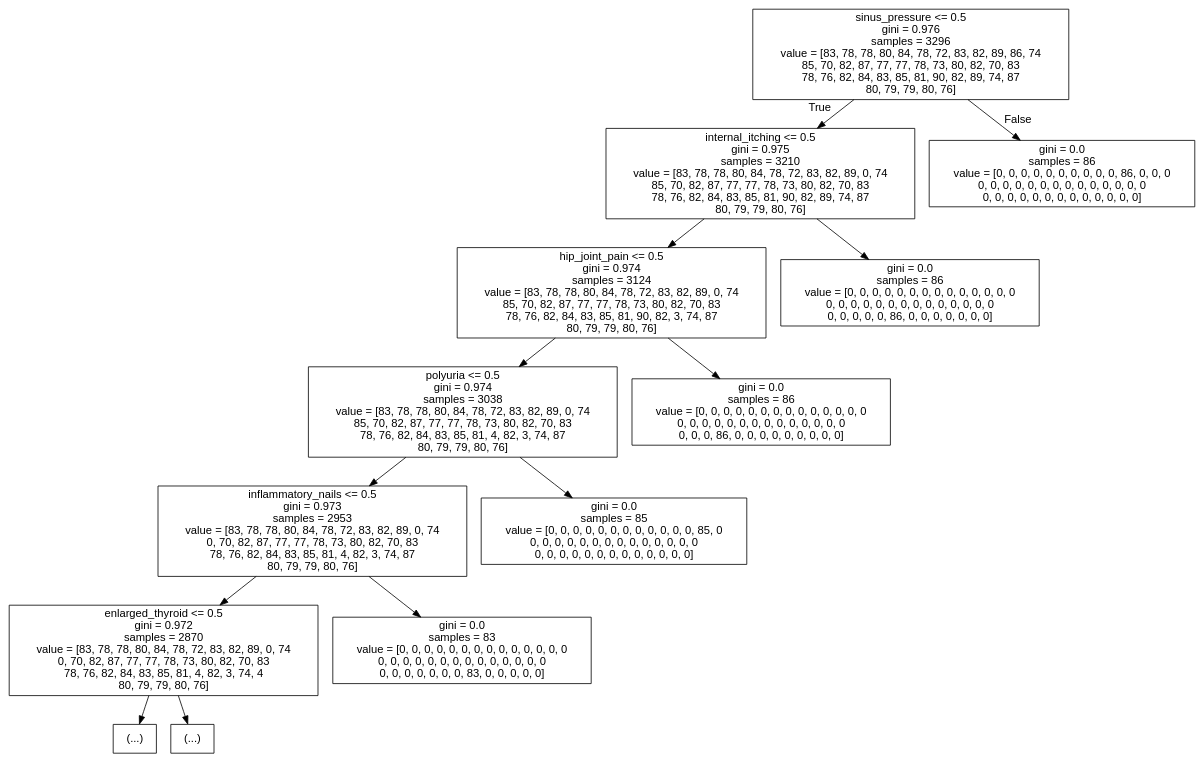
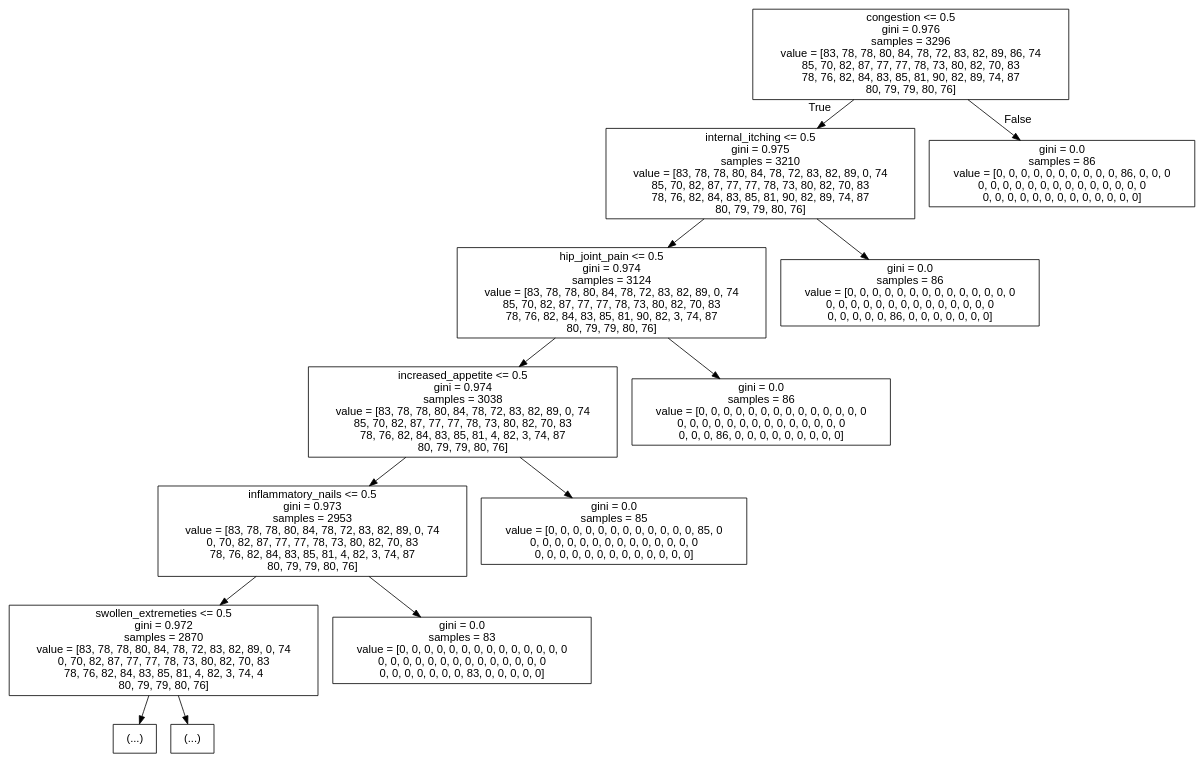
The diagram in common-diseases-Prediction-model-main/tree-top5.dot (Sahilbhatane/HealthPredictor), drawn with Graphviz before and after one commit. The commit also changed 13 other files, not shown here.

```diff
--- a/common-diseases-Prediction-model-main/tree-top5.dot
+++ b/common-diseases-Prediction-model-main/tree-top5.dot
@@ -1,29 +1,29 @@
 digraph Tree {
 node [shape=box, fontname="helvetica"] ;
 edge [fontname="helvetica"] ;
-0 [label="sinus_pressure <= 0.5\ngini = 0.976\nsamples = 3296\nvalue = [83, 78, 78, 80, 84, 78, 72, 83, 82, 89, 86, 74\n85, 70, 82, 87, 77, 77, 78, 73, 80, 82, 70, 83\n78, 76, 82, 84, 83, 85, 81, 90, 82, 89, 74, 87\n80, 79, 79, 80, 76]"] ;
+0 [label="congestion <= 0.5\ngini = 0.976\nsamples = 3296\nvalue = [83, 78, 78, 80, 84, 78, 72, 83, 82, 89, 86, 74\n85, 70, 82, 87, 77, 77, 78, 73, 80, 82, 70, 83\n78, 76, 82, 84, 83, 85, 81, 90, 82, 89, 74, 87\n80, 79, 79, 80, 76]"] ;
 1 [label="internal_itching <= 0.5\ngini = 0.975\nsamples = 3210\nvalue = [83, 78, 78, 80, 84, 78, 72, 83, 82, 89, 0, 74\n85, 70, 82, 87, 77, 77, 78, 73, 80, 82, 70, 83\n78, 76, 82, 84, 83, 85, 81, 90, 82, 89, 74, 87\n80, 79, 79, 80, 76]"] ;
 0 -> 1 [labeldistance=2.5, labelangle=45, headlabel="True"] ;
 2 [label="hip_joint_pain <= 0.5\ngini = 0.974\nsamples = 3124\nvalue = [83, 78, 78, 80, 84, 78, 72, 83, 82, 89, 0, 74\n85, 70, 82, 87, 77, 77, 78, 73, 80, 82, 70, 83\n78, 76, 82, 84, 83, 85, 81, 90, 82, 3, 74, 87\n80, 79, 79, 80, 76]"] ;
 1 -> 2 ;
-3 [label="polyuria <= 0.5\ngini = 0.974\nsamples = 3038\nvalue = [83, 78, 78, 80, 84, 78, 72, 83, 82, 89, 0, 74\n85, 70, 82, 87, 77, 77, 78, 73, 80, 82, 70, 83\n78, 76, 82, 84, 83, 85, 81, 4, 82, 3, 74, 87\n80, 79, 79, 80, 76]"] ;
+3 [label="increased_appetite <= 0.5\ngini = 0.974\nsamples = 3038\nvalue = [83, 78, 78, 80, 84, 78, 72, 83, 82, 89, 0, 74\n85, 70, 82, 87, 77, 77, 78, 73, 80, 82, 70, 83\n78, 76, 82, 84, 83, 85, 81, 4, 82, 3, 74, 87\n80, 79, 79, 80, 76]"] ;
 2 -> 3 ;
 4 [label="inflammatory_nails <= 0.5\ngini = 0.973\nsamples = 2953\nvalue = [83, 78, 78, 80, 84, 78, 72, 83, 82, 89, 0, 74\n0, 70, 82, 87, 77, 77, 78, 73, 80, 82, 70, 83\n78, 76, 82, 84, 83, 85, 81, 4, 82, 3, 74, 87\n80, 79, 79, 80, 76]"] ;
 3 -> 4 ;
-5 [label="enlarged_thyroid <= 0.5\ngini = 0.972\nsamples = 2870\nvalue = [83, 78, 78, 80, 84, 78, 72, 83, 82, 89, 0, 74\n0, 70, 82, 87, 77, 77, 78, 73, 80, 82, 70, 83\n78, 76, 82, 84, 83, 85, 81, 4, 82, 3, 74, 4\n80, 79, 79, 80, 76]"] ;
+5 [label="swollen_extremeties <= 0.5\ngini = 0.972\nsamples = 2870\nvalue = [83, 78, 78, 80, 84, 78, 72, 83, 82, 89, 0, 74\n0, 70, 82, 87, 77, 77, 78, 73, 80, 82, 70, 83\n78, 76, 82, 84, 83, 85, 81, 4, 82, 3, 74, 4\n80, 79, 79, 80, 76]"] ;
 4 -> 5 ;
 6 [label="(...)"] ;
 5 -> 6 ;
 119 [label="(...)"] ;
 5 -> 119 ;
 120 [label="gini = 0.0\nsamples = 83\nvalue = [0, 0, 0, 0, 0, 0, 0, 0, 0, 0, 0, 0, 0, 0\n0, 0, 0, 0, 0, 0, 0, 0, 0, 0, 0, 0, 0, 0\n0, 0, 0, 0, 0, 0, 0, 83, 0, 0, 0, 0, 0]"] ;
 4 -> 120 ;
 121 [label="gini = 0.0\nsamples = 85\nvalue = [0, 0, 0, 0, 0, 0, 0, 0, 0, 0, 0, 0, 85, 0\n0, 0, 0, 0, 0, 0, 0, 0, 0, 0, 0, 0, 0, 0\n0, 0, 0, 0, 0, 0, 0, 0, 0, 0, 0, 0, 0]"] ;
 3 -> 121 ;
 122 [label="gini = 0.0\nsamples = 86\nvalue = [0, 0, 0, 0, 0, 0, 0, 0, 0, 0, 0, 0, 0, 0\n0, 0, 0, 0, 0, 0, 0, 0, 0, 0, 0, 0, 0, 0\n0, 0, 0, 86, 0, 0, 0, 0, 0, 0, 0, 0, 0]"] ;
 2 -> 122 ;
 123 [label="gini = 0.0\nsamples = 86\nvalue = [0, 0, 0, 0, 0, 0, 0, 0, 0, 0, 0, 0, 0, 0\n0, 0, 0, 0, 0, 0, 0, 0, 0, 0, 0, 0, 0, 0\n0, 0, 0, 0, 0, 86, 0, 0, 0, 0, 0, 0, 0]"] ;
 1 -> 123 ;
 124 [label="gini = 0.0\nsamples = 86\nvalue = [0, 0, 0, 0, 0, 0, 0, 0, 0, 0, 86, 0, 0, 0\n0, 0, 0, 0, 0, 0, 0, 0, 0, 0, 0, 0, 0, 0\n0, 0, 0, 0, 0, 0, 0, 0, 0, 0, 0, 0, 0]"] ;
 0 -> 124 [labeldistance=2.5, labelangle=-45, headlabel="False"] ;
 }
```
